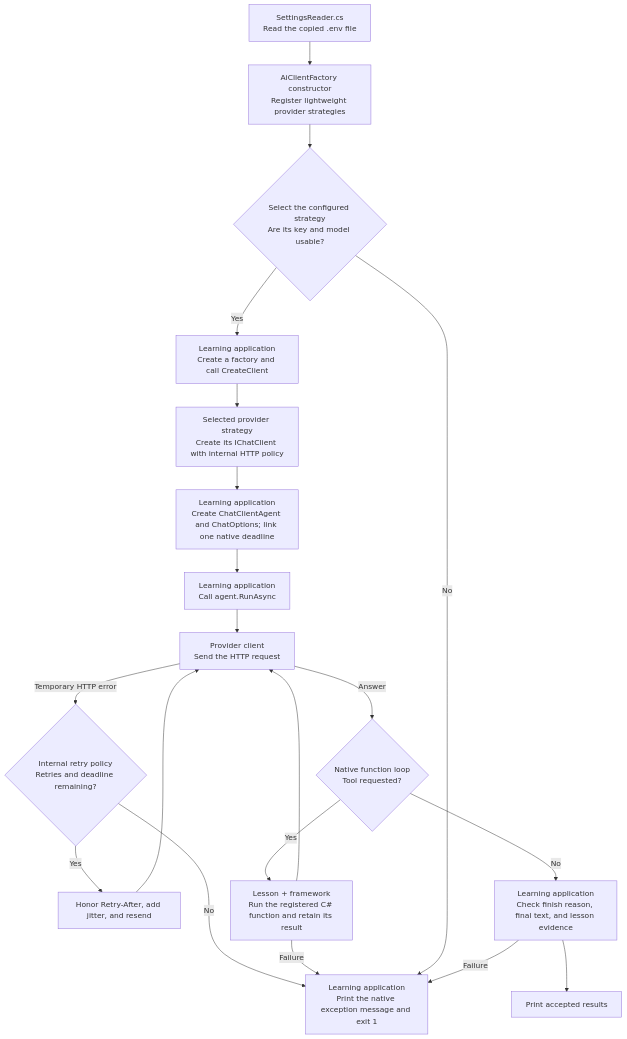
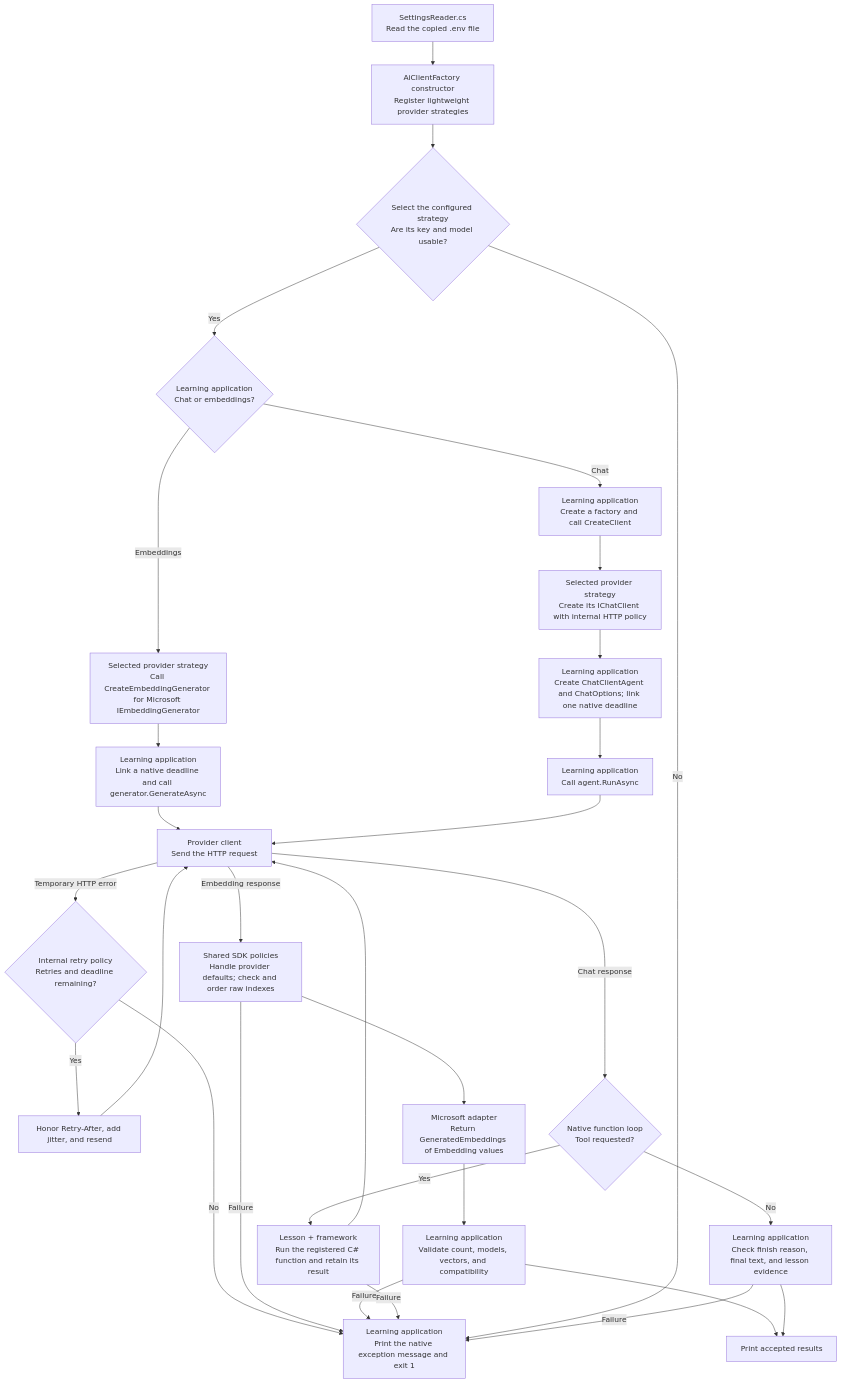
The diagram in shared/shared/README.md (KhosroPakmanesh/ai-engineering-training), drawn with Mermaid before and after one commit. The commit also changed other lines of this file and 44 other files, not shown here.

Commit message:
Add embeddings semantic search lesson and shared provider support

````diff
--- a/shared/shared/README.md
+++ b/shared/shared/README.md
@@ -20,22 +21,32 @@
 ```mermaid
 flowchart TD
     A["SettingsReader.cs<br/>Read the copied .env file"] --> B["AiClientFactory constructor<br/>Register lightweight provider strategies"]
     B --> C{"Select the configured strategy<br/>Are its key and model usable?"}
-    C -->|Yes| D["Learning application<br/>Create a factory and call CreateClient"]
+    C -->|Yes| K{"Learning application<br/>Chat or embeddings?"}
+    K -->|Chat| D["Learning application<br/>Create a factory and call CreateClient"]
+    K -->|Embeddings| BE["Selected provider strategy<br/>Call CreateEmbeddingGenerator for Microsoft IEmbeddingGenerator"]
+    BE --> BR["Learning application<br/>Link a native deadline and call generator.GenerateAsync"]
+    BR --> H
     D --> E["Selected provider strategy<br/>Create its IChatClient with internal HTTP policy"]
     E --> F["Learning application<br/>Create ChatClientAgent and ChatOptions; link one native deadline"]
     F --> G["Learning application<br/>Call agent.RunAsync"]
     G --> H["Provider client<br/>Send the HTTP request"]
     H -->|Temporary HTTP error| R{"Internal retry policy<br/>Retries and deadline remaining?"}
     R -->|Yes| W["Honor Retry-After, add jitter, and resend"]
     W --> H
     R -->|No| X["Learning application<br/>Print the native exception message and exit 1"]
-    H -->|Answer| T{"Native function loop<br/>Tool requested?"}
+    H -->|Embedding response| BO["Shared SDK policies<br/>Handle provider defaults; check and order raw indexes"]
+    BO --> BA["Microsoft adapter<br/>Return GeneratedEmbeddings of Embedding values"]
+    BA --> BV["Learning application<br/>Validate count, models, vectors, and compatibility"]
+    BO -->|Failure| X
+    BV --> P
+    BV -->|Failure| X
+    H -->|Chat response| T{"Native function loop<br/>Tool requested?"}
     T -->|Yes| U["Lesson + framework<br/>Run the registered C# function and retain its result"]
     U --> H
     U -->|Failure| X
     T -->|No| V["Learning application<br/>Check finish reason, final text, and lesson evidence"]
     V --> P["Print accepted results"]
     C -->|No| X
     V -->|Failure| X
 ```
````
